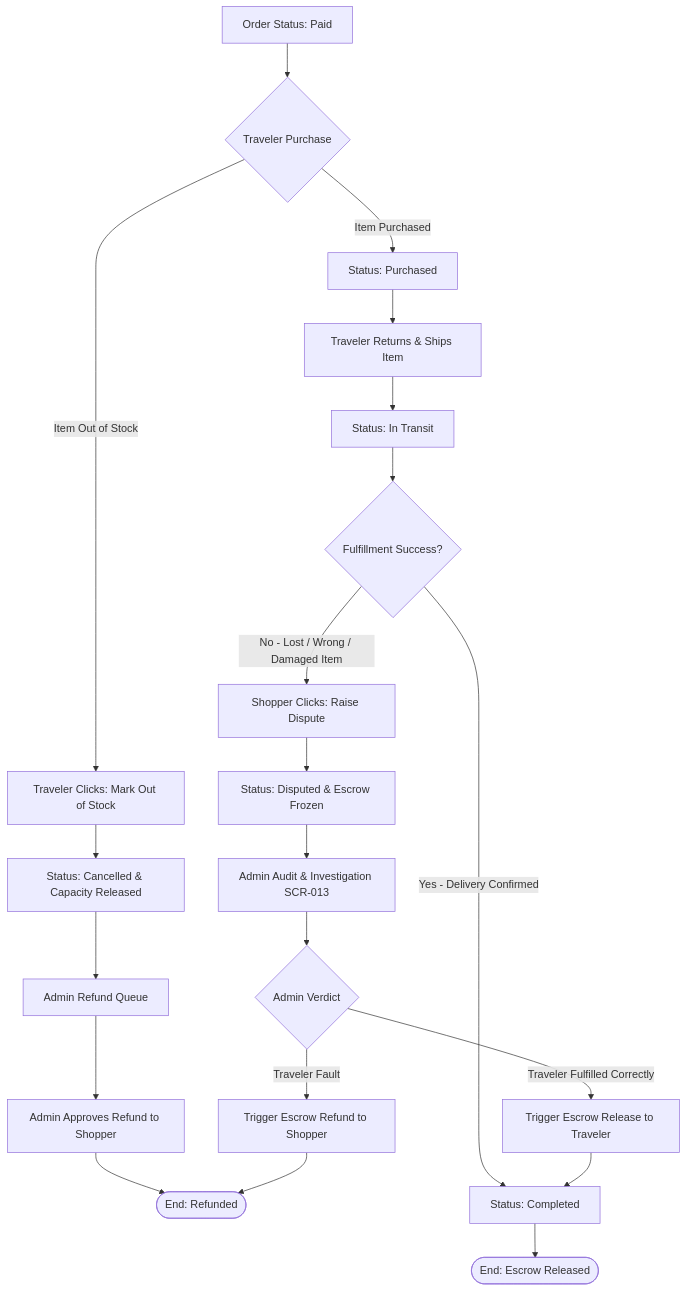
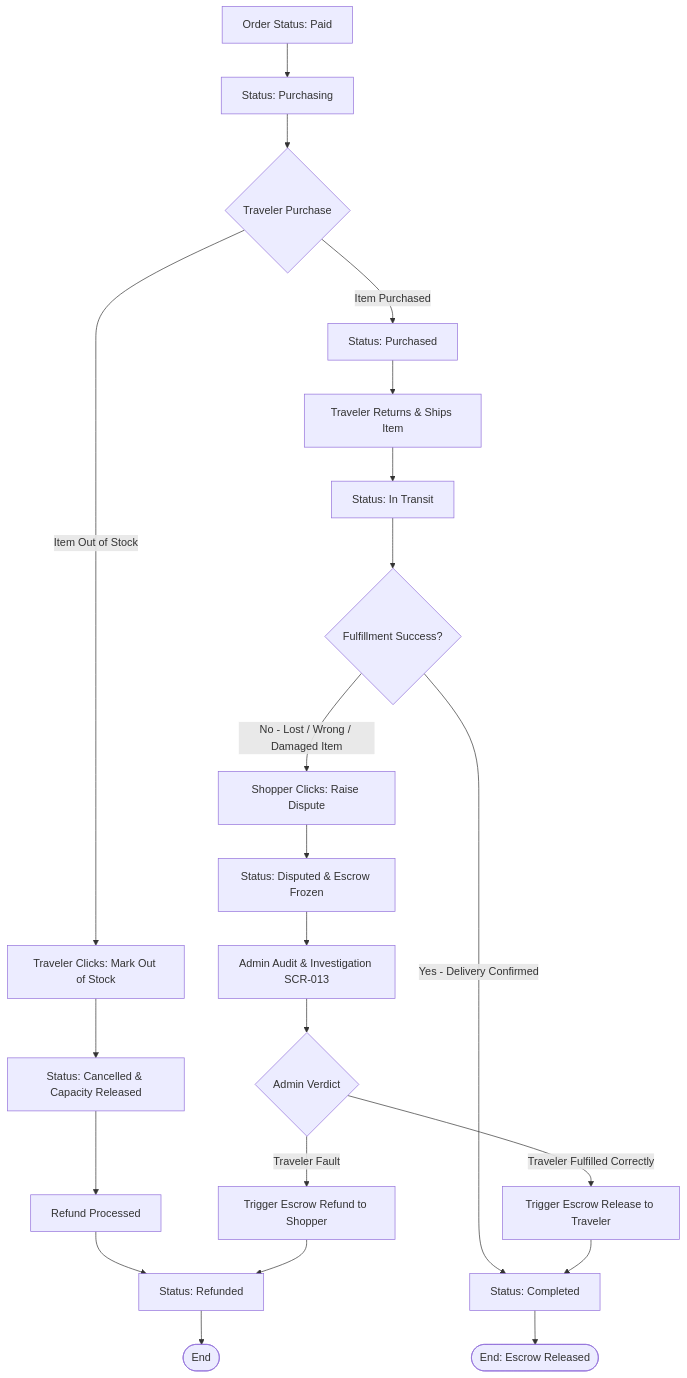
One commit to JUNCASUNDRA/mytrip-mytitipan changed the diagram in docs/03-design/user-flow/exception-flows.md. Above: the diagram before and after it, drawn with Mermaid. The commit also changed other lines of this file and 11 other files, not shown here.

Commit message:
[PMA] [PLANNING] Refined core user flow and order status lifecycle

````diff
--- a/docs/03-design/user-flow/exception-flows.md
+++ b/docs/03-design/user-flow/exception-flows.md
@@ -100,29 +100,30 @@
 ```mermaid
 flowchart TD
-    E1[Order Status: Paid] --> E2{Traveler Purchase}
+    E1[Order Status: Paid] --> E1b[Status: Purchasing]
+    E1b --> E2{Traveler Purchase}
     
     E2 -->|Item Out of Stock| E3[Traveler Clicks: Mark Out of Stock]
     E3 --> E4[Status: Cancelled & Capacity Released]
-    E4 --> E5[Admin Refund Queue]
-    E5 --> E6[Admin Approves Refund to Shopper]
-    E6 --> E7([End: Refunded])
+    E4 --> E5[Refund Processed]
+    E5 --> E6[Status: Refunded]
+    E6 --> E7([End])
 
     E2 -->|Item Purchased| E8[Status: Purchased]
     E8 --> E9[Traveler Returns & Ships Item]
     E9 --> E10[Status: In Transit]
     
     E10 --> E11{Fulfillment Success?}
     
     E11 -->|Yes - Delivery Confirmed| E12[Status: Completed]
     E12 --> E13([End: Escrow Released])
     
     E11 -->|No - Lost / Wrong / Damaged Item| E14[Shopper Clicks: Raise Dispute]
     E14 --> E15[Status: Disputed & Escrow Frozen]
     E15 --> E16[Admin Audit & Investigation SCR-013]
     
     E16 --> E17{Admin Verdict}
     E17 -->|Traveler Fault| E18[Trigger Escrow Refund to Shopper]
-    E18 --> E7
+    E18 --> E6
     E17 -->|Traveler Fulfilled Correctly| E19[Trigger Escrow Release to Traveler]
     E19 --> E12
 ```
````
